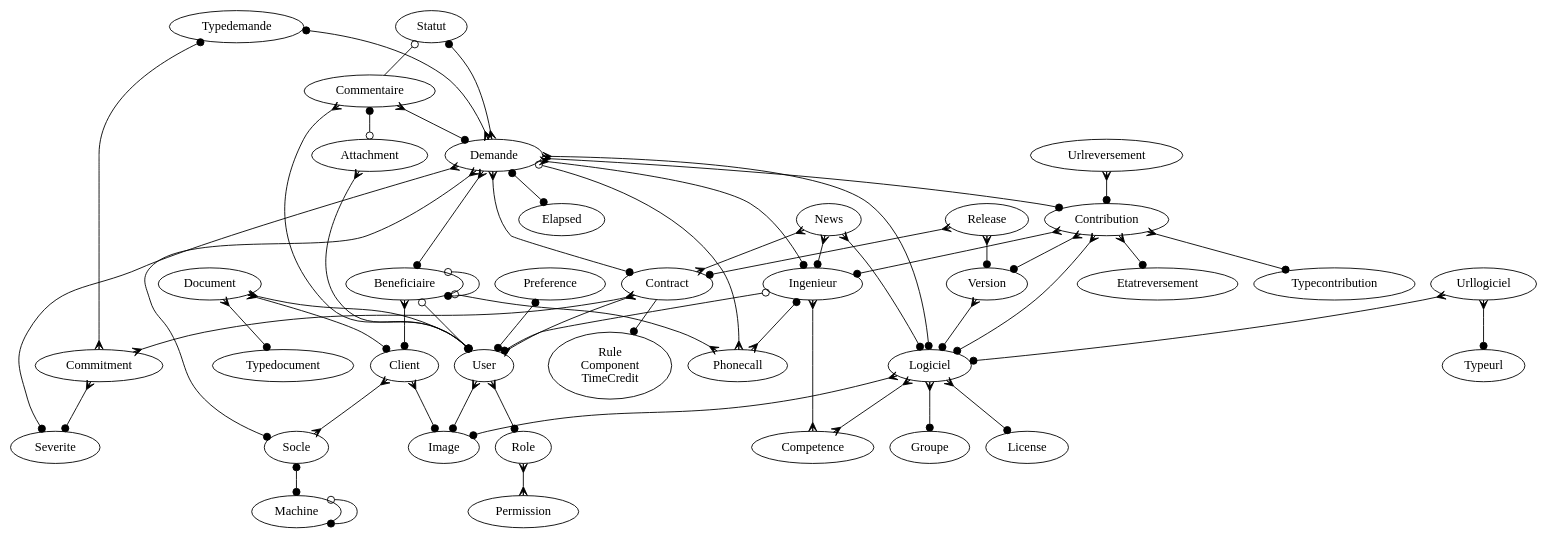
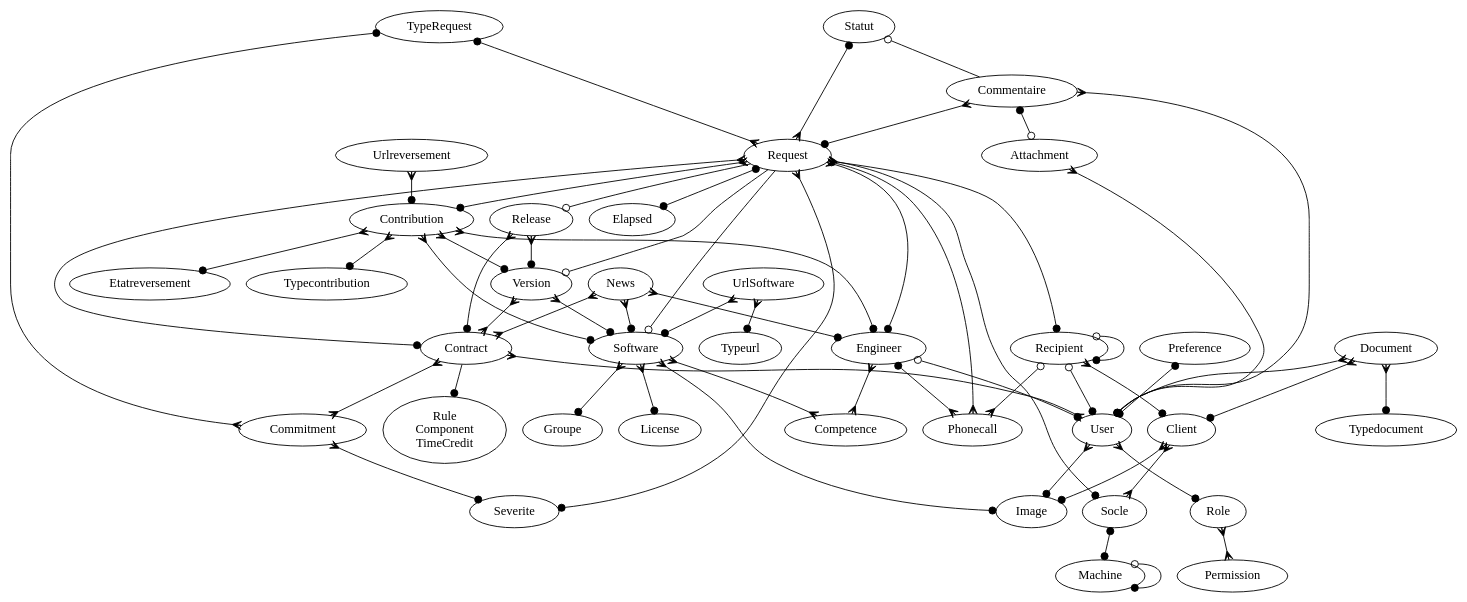
Before and after one commit to trivoallan/tosca: the diagram in doc/data_model.dot, drawn with Graphviz. The commit also changed 3 other files, not shown here.

Commit message:
Create dot for contribution, request and supported_software

```diff
--- a/doc/data_model.dot
+++ b/doc/data_model.dot
@@ -1,80 +1,83 @@
 digraph x {
 
 //rotate=90;
-{rank=min; Statut Typedemande Statut }
+{rank=min; Statut TypeRequest Statut }
 
 Rule [label="Rule\nComponent\nTimeCredit"]
 
-Beneficiaire -> User [arrowhead=dot,arrowtail=odot,dir=both]
-Beneficiaire -> Phonecall [arrowhead=crow,arrowtail=odot,dir=both]
-Beneficiaire -> Client [arrowhead=dot,dir=both,arrowtail=crow]
-Beneficiaire -> Beneficiaire [arrowhead=dot,arrowtail=odot,dir=both]
+Recipient -> User [arrowhead=dot,arrowtail=odot,dir=both]
+Recipient -> Phonecall [arrowhead=crow,arrowtail=odot,dir=both]
+Recipient -> Client [arrowhead=dot,dir=both,arrowtail=crow]
+Recipient -> Recipient [arrowhead=dot,arrowtail=odot,dir=both]
 
 Client -> Image [arrowhead=dot,dir=both,arrowtail=crow]
 Client -> Socle [arrowhead=crow,dir=both,arrowtail=crow]
 
-Commentaire -> Demande [arrowhead=dot,dir=both,arrowtail=crow]
+Commentaire -> Request [arrowhead=dot,dir=both,arrowtail=crow]
 Commentaire -> User [arrowhead=dot,dir=both,arrowtail=crow]
 Commentaire -> Attachment [arrowhead=odot,dir=both,arrowtail=dot]
 Commentaire -> Statut [arrowhead=odot]
 
 Contract -> User [arrowhead=crow,dir=both,arrowtail=crow]
 Contract -> Commitment [arrowhead=crow,arrowtail=crow,dir=both]
 Contract -> Rule [arrowhead=dot,arrowtail=crow]
 
 User -> Image [arrowhead=dot,dir=both,arrowtail=crow]
 User -> Role [arrowhead=dot,arrowtail=crow,dir=both]
-Ingenieur -> Competence [arrowhead=crow,arrowtail=crow,dir=both]
-Ingenieur -> User [arrowhead=dot,arrowtail=odot,dir=both]
-Ingenieur -> Phonecall [arrowhead=crow,dir=both,arrowtail=dot]
+Engineer -> Competence [arrowhead=crow,arrowtail=crow,dir=both]
+Engineer -> User [arrowhead=dot,arrowtail=odot,dir=both]
+Engineer -> Phonecall [arrowhead=crow,dir=both,arrowtail=dot]
 
-News -> Ingenieur [arrowhead=dot,dir=both,arrowtail=crow]
+News -> Engineer [arrowhead=dot,dir=both,arrowtail=crow]
 News -> Contract [arrowhead=crow,dir=both,arrowtail=crow]
-News -> Logiciel [arrowhead=dot,dir=both,arrowtail=crow]
+News -> Software [arrowhead=dot,dir=both,arrowtail=crow]
 
-Demande -> Typedemande [arrowhead=dot,dir=both,arrowtail=crow]
-Demande -> Elapsed [arrowhead=dot,dir=both,arrowtail=dot]
-Demande -> Logiciel [arrowhead=dot,dir=both,arrowtail=crow]
-Demande -> Severite [arrowhead=dot,dir=both,arrowtail=crow]
-Demande -> Beneficiaire [arrowhead=dot,dir=both,arrowtail=crow]
-Demande -> Socle [arrowhead=dot,dir=both,arrowtail=crow]
-Demande -> Contribution [arrowhead=dot,dir=both,arrowtail=crow]
-Demande -> Contract [arrowhead=dot,dir=both,arrowtail=crow]
-Demande -> Statut [arrowhead=dot,dir=both,arrowtail=crow]
-Demande -> Ingenieur [arrowhead=dot,dir=both,arrowtail=crow]
-Demande -> Phonecall [arrowhead=crow,arrowtail=odot,dir=both]
+Request -> TypeRequest [arrowhead=dot,dir=both,arrowtail=crow]
+Request -> Elapsed [arrowhead=dot,dir=both,arrowtail=dot]
+Request -> Severite [arrowhead=dot,dir=both,arrowtail=crow]
+Request -> Recipient [arrowhead=dot,dir=both,arrowtail=crow]
+Request -> Socle [arrowhead=dot,dir=both,arrowtail=crow]
+Request -> Contribution [arrowhead=dot,dir=both,arrowtail=crow]
+Request -> Contract [arrowhead=dot,dir=both,arrowtail=crow]
+Request -> Statut [arrowhead=dot,dir=both,arrowtail=crow]
+Request -> Engineer [arrowhead=dot,dir=both,arrowtail=crow]
+Request -> Phonecall [arrowhead=crow,arrowtail=odot,dir=both]
+Request -> Software [arrowhead=odot]
+Request -> Release [arrowhead=odot]
+Request -> Version [arrowhead=odot]
 
-Logiciel -> Competence [arrowhead=crow,arrowtail=crow,dir=both]
-Logiciel -> License [arrowhead=dot,dir=both,arrowtail=crow]
-Logiciel -> Groupe [arrowhead=dot,dir=both,arrowtail=crow]
-Logiciel -> Image [arrowhead=dot,dir=both,arrowtail=crow]
+Software -> Competence [arrowhead=crow,arrowtail=crow,dir=both]
+Software -> License [arrowhead=dot,dir=both,arrowtail=crow]
+Software -> Groupe [arrowhead=dot,dir=both,arrowtail=crow]
+Software -> Image [arrowhead=dot,dir=both,arrowtail=crow]
 
 
-Version -> Logiciel [arrowhead=dot,dir=both,arrowtail=crow]
+Version -> Software [arrowhead=dot,dir=both,arrowtail=crow]
+Version -> Contract [arrowhead=crow,dir=both,arrowtail=crow]
 
 Release -> Contract [arrowhead=dot,dir=both,arrowtail=crow]
 Release -> Version [arrowhead=dot,dir=both,arrowtail=crow]
 
 
 Preference -> User [arrowhead=dot,arrowtail=dot,dir=both]
 Socle -> Machine [arrowhead=dot,dir=both,arrowtail=dot]
 Machine -> Machine [arrowhead=dot,dir=both,arrowtail=odot]
-Urllogiciel -> Logiciel [arrowhead=dot,dir=both,arrowtail=crow]
-Urllogiciel -> Typeurl [arrowhead=dot,dir=both,arrowtail=crow]
+UrlSoftware -> Software [arrowhead=dot,dir=both,arrowtail=crow]
+UrlSoftware -> Typeurl [arrowhead=dot,dir=both,arrowtail=crow]
 Commitment -> Severite [arrowhead=dot,dir=both,arrowtail=crow]
-Commitment -> Typedemande [arrowhead=dot,dir=both,arrowtail=crow]
+Commitment -> TypeRequest [arrowhead=dot,dir=both,arrowtail=crow]
 Role -> Permission [arrowhead=crow,arrowtail=crow,dir=both]
 Urlreversement -> Contribution [arrowhead=dot,dir=both,arrowtail=crow]
 
 Contribution -> Etatreversement [arrowhead=dot,dir=both,arrowtail=crow]
 Contribution -> Typecontribution [arrowhead=dot,dir=both,arrowtail=crow]
-Contribution -> Logiciel [arrowhead=dot,dir=both,arrowtail=crow]
+Contribution -> Software [arrowhead=dot,dir=both,arrowtail=crow]
 Contribution -> Version [arrowhead=dot,arrowtail=crow,dir=both]
-Contribution -> Ingenieur [arrowhead=dot,dir=both,arrowtail=crow]
+Contribution -> Engineer [arrowhead=dot,dir=both,arrowtail=crow]
 Attachment -> User [arrowtail=crow,dir=both,arrowhead=dot]
 Document -> Client [arrowhead=dot,dir=both,arrowtail=crow]
 Document -> Typedocument [arrowhead=dot,dir=both,arrowtail=crow]
 Document -> User [arrowhead=dot,dir=both,arrowtail=crow]
 
 
 }
```
